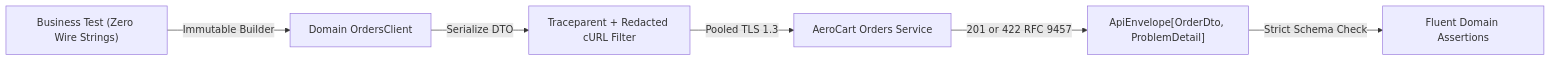
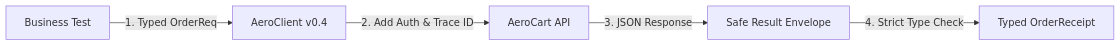
The diagram in knowledgebase/04-api-and-api-automation/04-production-api-clients-pydantic-and-rest-assured.md (manjunathk833/codingforinterviews), drawn with Mermaid before and after one commit. The commit also changed other lines of this file and 55 other files, not shown here.

````diff
--- a/knowledgebase/04-api-and-api-automation/04-production-api-clients-pydantic-and-rest-assured.md
+++ b/knowledgebase/04-api-and-api-automation/04-production-api-clients-pydantic-and-rest-assured.md
@@ -67,8 +102,7 @@
 ```mermaid
 flowchart LR
-  Test["Business Test (Zero Wire Strings)"] -->|Immutable Builder| Client["Domain OrdersClient"]
-  Client -->|Serialize DTO| Hook["Traceparent + Redacted cURL Filter"]
-  Hook -->|Pooled TLS 1.3| API["AeroCart Orders Service"]
-  API -->|201 or 422 RFC 9457| Envelope["ApiEnvelope[OrderDto, ProblemDetail]"]
-  Envelope -->|Strict Schema Check| Assert["Fluent Domain Assertions"]
+  Test["Business Test"] -->|1. Typed OrderReq| Client["AeroClient v0.4"]
+  Client -->|2. Add Auth & Trace ID| Server["AeroCart API"]
+  Server -->|3. JSON Response| Envelope["Safe Result Envelope"]
+  Envelope -->|4. Strict Type Check| Receipt["Typed OrderReceipt"]
 ```
````
